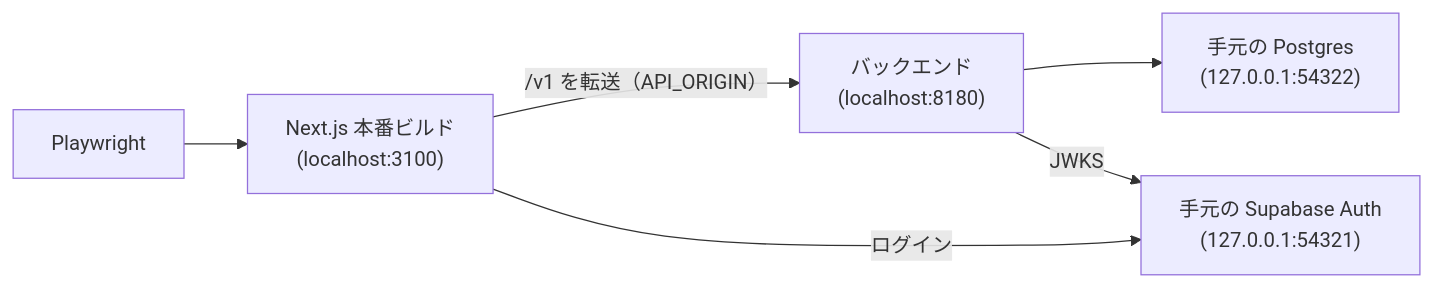
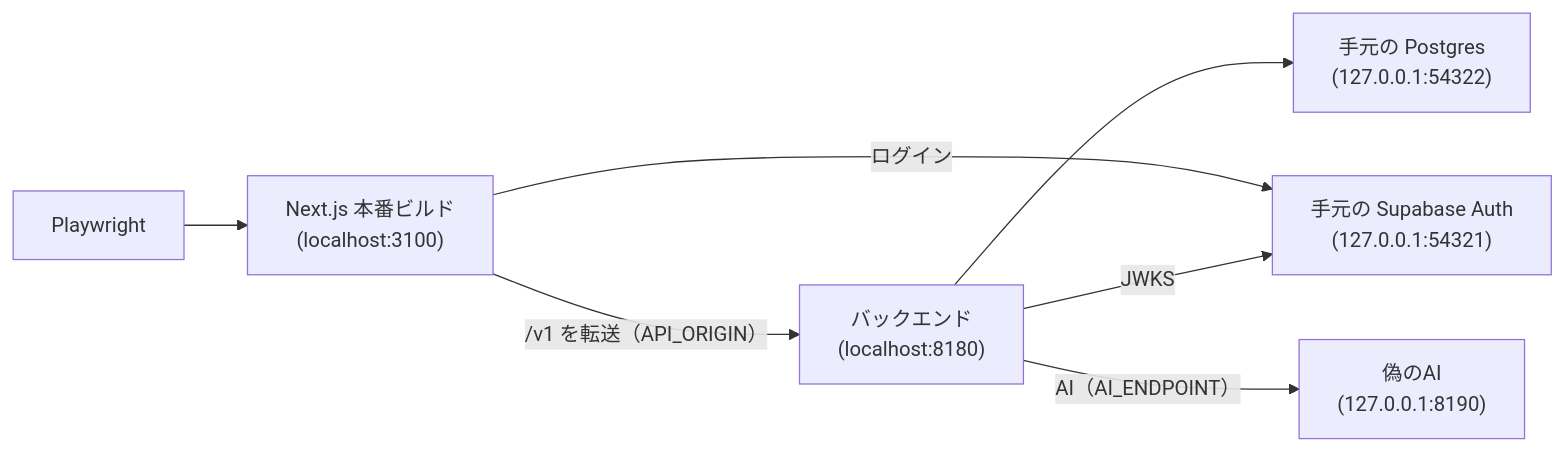
One commit to Yamada040/job_hunting_copilot changed the diagram in docs/testing/e2e-test-plan.md. Above: the diagram before and after it, drawn with Mermaid. The commit also changed other lines of this file and 7 other files, not shown here.

````diff
--- a/docs/testing/e2e-test-plan.md
+++ b/docs/testing/e2e-test-plan.md
@@ -28,8 +33,9 @@
 ```mermaid
 flowchart LR
     PW["Playwright"] --> Next["Next.js 本番ビルド<br/>(localhost:3100)"]
     Next -->|"/v1 を転送（API_ORIGIN）"| API["バックエンド<br/>(localhost:8180)"]
     Next -->|ログイン| Auth["手元の Supabase Auth<br/>(127.0.0.1:54321)"]
     API --> DB["手元の Postgres<br/>(127.0.0.1:54322)"]
     API -->|JWKS| Auth
+    API -->|"AI（AI_ENDPOINT）"| FakeAI["偽のAI<br/>(127.0.0.1:8190)"]
 ```
````
